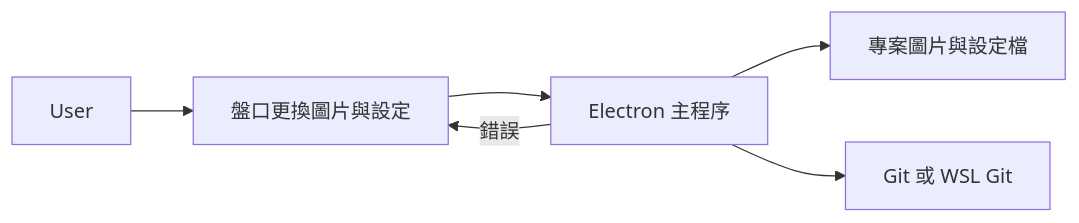
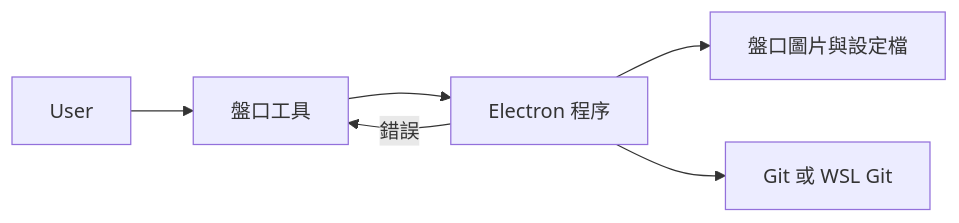
The diagram in README.zh-TW.md (ZiJson/changeImgGUI), drawn with Mermaid before and after one commit. The commit also changed other lines of this file and 6 other files, not shown here.

````diff
--- a/README.zh-TW.md
+++ b/README.zh-TW.md
@@ -41,8 +67,8 @@
 ```mermaid
 flowchart LR
-  User --> Window["盤口更換圖片與設定"]
-  Window --> Main["Electron 主程序"]
-  Main --> Files["專案圖片與設定檔"]
+  User --> Window["盤口工具"]
+  Window --> Main["Electron 程序"]
+  Main --> Files["盤口圖片與設定檔"]
   Main --> Git["Git 或 WSL Git"]
   Main -->|錯誤| Window
 ```
````
